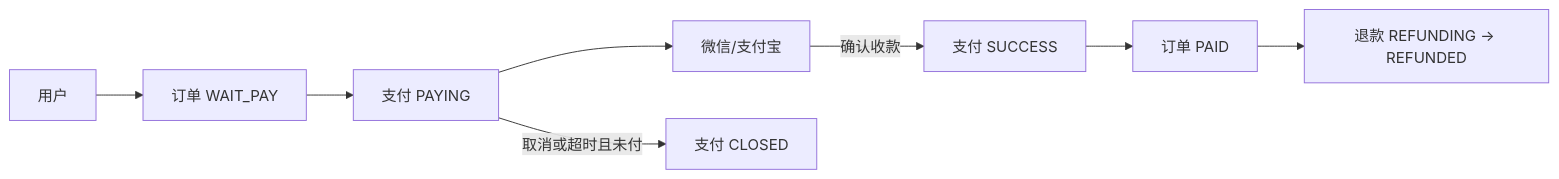
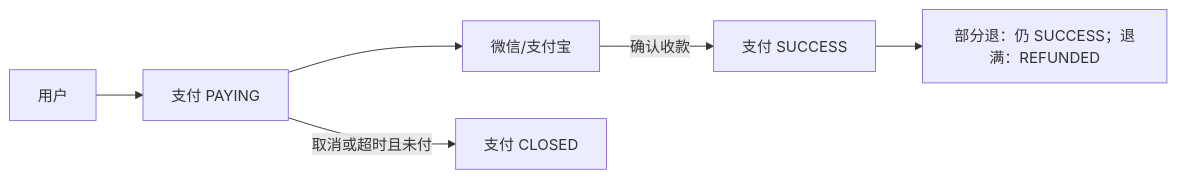
One commit to jv-morningGlory/- changed the tenth of 10 diagrams in Java/Spring/场景题/支付系统/user-order-payment-status.md. Above: the diagram before and after it, drawn with Mermaid. The commit also changed other lines of this file, not shown here.

````diff
--- a/Java/Spring/场景题/支付系统/user-order-payment-status.md
+++ b/Java/Spring/场景题/支付系统/user-order-payment-status.md
@@ -378,10 +330,8 @@
 ```mermaid
 flowchart LR
-    U[用户] --> O[订单 WAIT_PAY]
-    O --> P[支付 PAYING]
+    U[用户] --> P[支付 PAYING]
     P --> C[微信/支付宝]
     C -->|确认收款| S[支付 SUCCESS]
-    S --> PAID[订单 PAID]
     P -->|取消或超时且未付| X[支付 CLOSED]
-    PAID --> R[退款 REFUNDING → REFUNDED]
+    S --> R[部分退：仍 SUCCESS；退满：REFUNDED]
 ```
````
